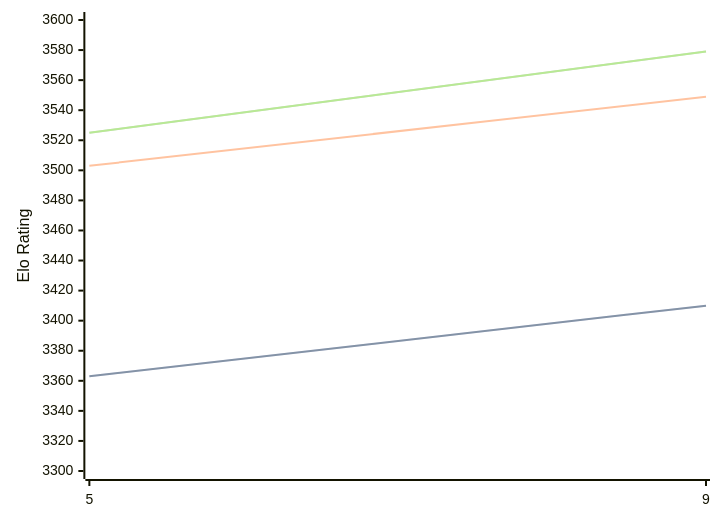
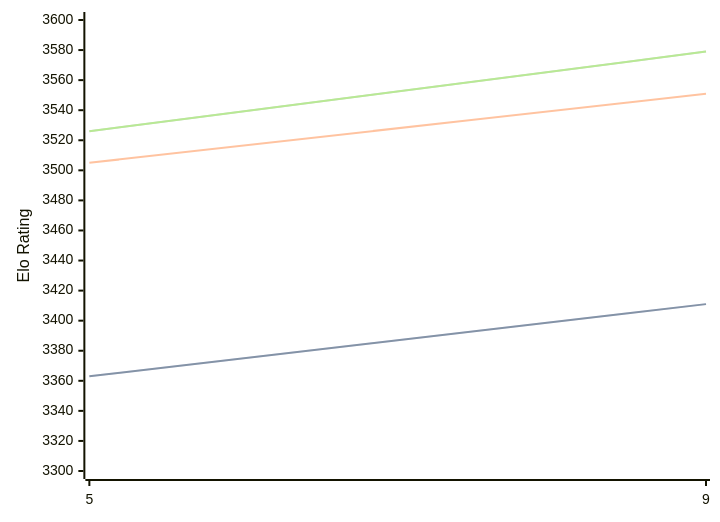
The first of 3 diagrams in engines/Crystal.md (computer-chess-index/cci), drawn with Mermaid before and after one commit. The commit also changed other lines of this file, not shown here.

Commit message:
Update CCI Ratings (ELO VLTC) - 2026-06-22

````diff
--- a/engines/Crystal.md
+++ b/engines/Crystal.md
@@ -60,11 +60,11 @@
 ```mermaid
 %%{init: {"theme":"base","themeVariables":{"seriesColors:['#a3a3a3','#222221','#faa371']}}}%%
 xychart-beta
   x-axis ["5", "9"]
   y-axis "Elo Rating" 3300 --> 3600
-  line "STC (8.0+0.08s)" [3363, 3410]
-  line "STC (8.0+0.08s)" [3363, 3410]
-  line "LTC (60.0+0.60s)" [3503, 3549]
-  line "VLTC (2m24s+1.12s)" [3525, 3579]
-  line "VLTC (2m24s+1.12s)" [3525, 3579]
+  line "STC (8.0+0.08s)" [3363, 3411]
+  line "STC (8.0+0.08s)" [3363, 3411]
+  line "LTC (60.0+0.60s)" [3505, 3551]
+  line "VLTC (2m24s+1.12s)" [3526, 3579]
+  line "VLTC (2m24s+1.12s)" [3526, 3579]
 ```
````
